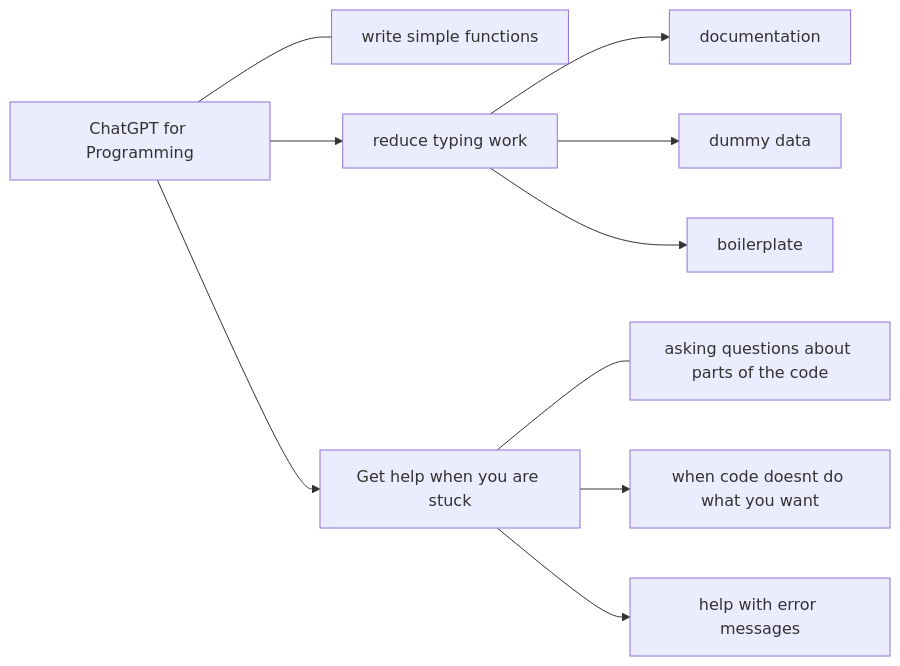
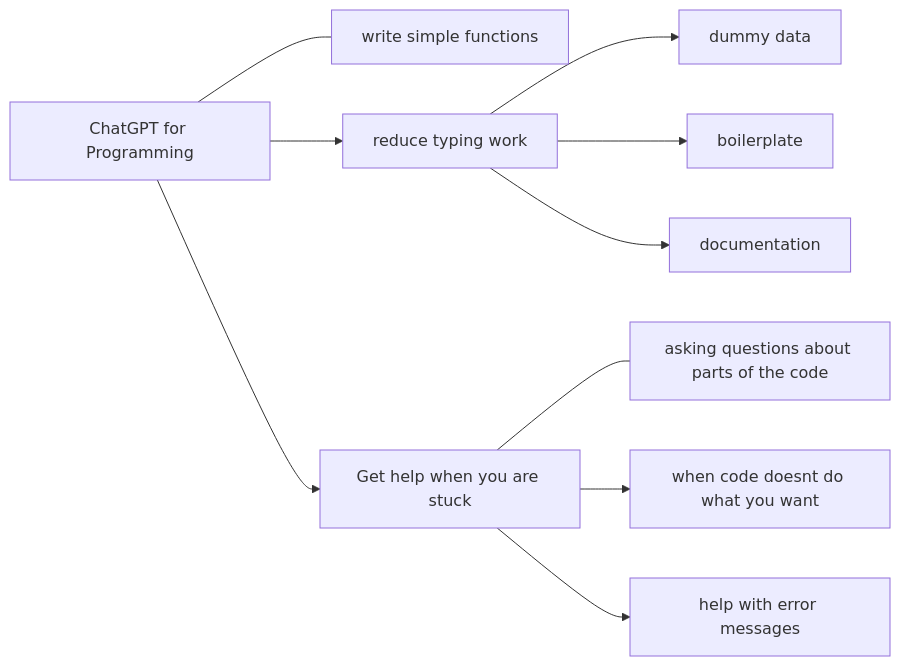
The diagram in README.md (k4th4/chatgpt_for_programming), drawn with Mermaid before and after one commit. The commit also changed other lines of this file, not shown here.

````diff
--- a/README.md
+++ b/README.md
@@ -3,13 +3,14 @@
 ```mermaid
 graph LR
  A --- G[write simple functions]   
  A[ChatGPT for Programming] --> B[reduce typing work] 
- B --> H[documentation]
+ 
  B --> E[dummy data]
  B --> D[boilerplate]
+ B --> H[documentation]
  A --> C[Get help when you are stuck]
  C --- F[asking questions about parts of the code]
  C --> I[when code doesnt do what you want]
  C --> J[help with error messages]
 
 ```
````
